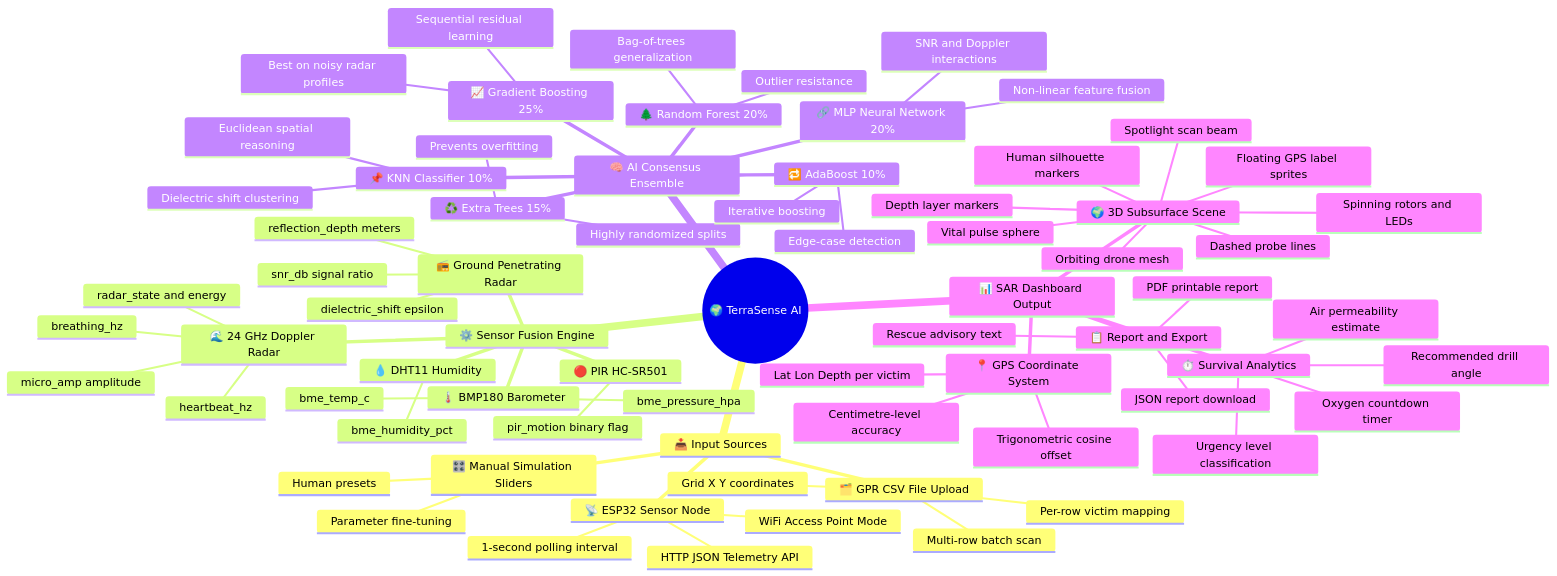
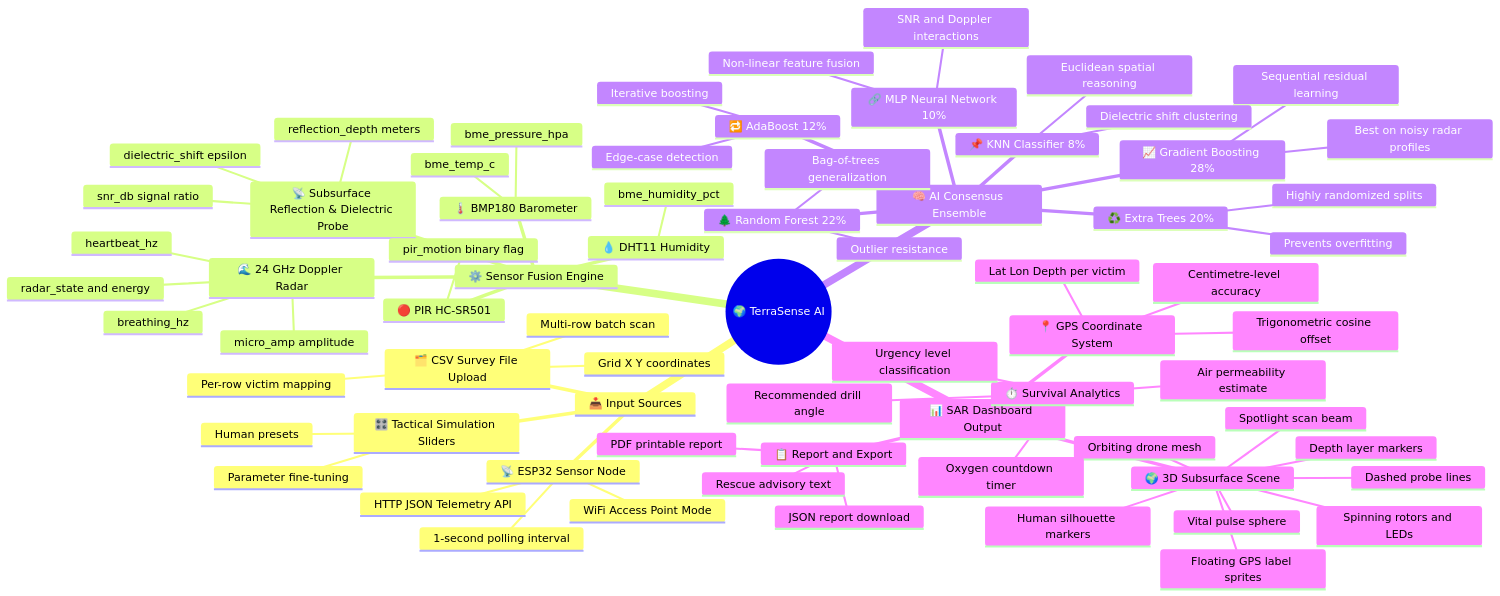
The second of 2 diagrams in README.md (Mohilc/intershipproject), drawn with Mermaid before and after one commit. The commit also changed other lines of this file, not shown here.

Commit message:
docs: improve README, remove GPR references and enhance workflow diagram

````diff
--- a/README.md
+++ b/README.md
@@ -99,75 +132,75 @@
 ```mermaid
 mindmap
   root((🌍 TerraSense AI))
     📥 Input Sources
-      🗂️ GPR CSV File Upload
+      🗂️ CSV Survey File Upload
         Multi-row batch scan
         Per-row victim mapping
         Grid X Y coordinates
       📡 ESP32 Sensor Node
         WiFi Access Point Mode
         HTTP JSON Telemetry API
         1-second polling interval
-      🎛️ Manual Simulation Sliders
+      🎛️ Tactical Simulation Sliders
         Human presets
         Parameter fine-tuning
     ⚙️ Sensor Fusion Engine
       🌊 24 GHz Doppler Radar
         breathing_hz
         heartbeat_hz
         micro_amp amplitude
         radar_state and energy
-      📻 Ground Penetrating Radar
+      📡 Subsurface Reflection & Dielectric Probe
         reflection_depth meters
         snr_db signal ratio
         dielectric_shift epsilon
       🔴 PIR HC-SR501
         pir_motion binary flag
       🌡️ BMP180 Barometer
         bme_temp_c
         bme_pressure_hpa
       💧 DHT11 Humidity
         bme_humidity_pct
     🧠 AI Consensus Ensemble
-      📈 Gradient Boosting 25%
+      📈 Gradient Boosting 28%
         Sequential residual learning
         Best on noisy radar profiles
-      🌲 Random Forest 20%
+      🌲 Random Forest 22%
         Bag-of-trees generalization
         Outlier resistance
-      🔗 MLP Neural Network 20%
+      ♻️ Extra Trees 20%
+        Highly randomized splits
+        Prevents overfitting
+      🔁 AdaBoost 12%
+        Iterative boosting
+        Edge-case detection
+      🔗 MLP Neural Network 10%
         Non-linear feature fusion
         SNR and Doppler interactions
-      ♻️ Extra Trees 15%
-        Highly randomized splits
-        Prevents overfitting
-      🔁 AdaBoost 10%
-        Iterative boosting
-        Edge-case detection
-      📌 KNN Classifier 10%
+      📌 KNN Classifier 8%
         Euclidean spatial reasoning
         Dielectric shift clustering
     📊 SAR Dashboard Output
       🌍 3D Subsurface Scene
         Orbiting drone mesh
         Spinning rotors and LEDs
         Spotlight scan beam
         Human silhouette markers
         Vital pulse sphere
         Dashed probe lines
         Floating GPS label sprites
         Depth layer markers
       📍 GPS Coordinate System
         Trigonometric cosine offset
         Centimetre-level accuracy
         Lat Lon Depth per victim
       ⏱️ Survival Analytics
         Oxygen countdown timer
         Air permeability estimate
         Urgency level classification
         Recommended drill angle
       📋 Report and Export
         Rescue advisory text
         JSON report download
         PDF printable report
 ```
````
